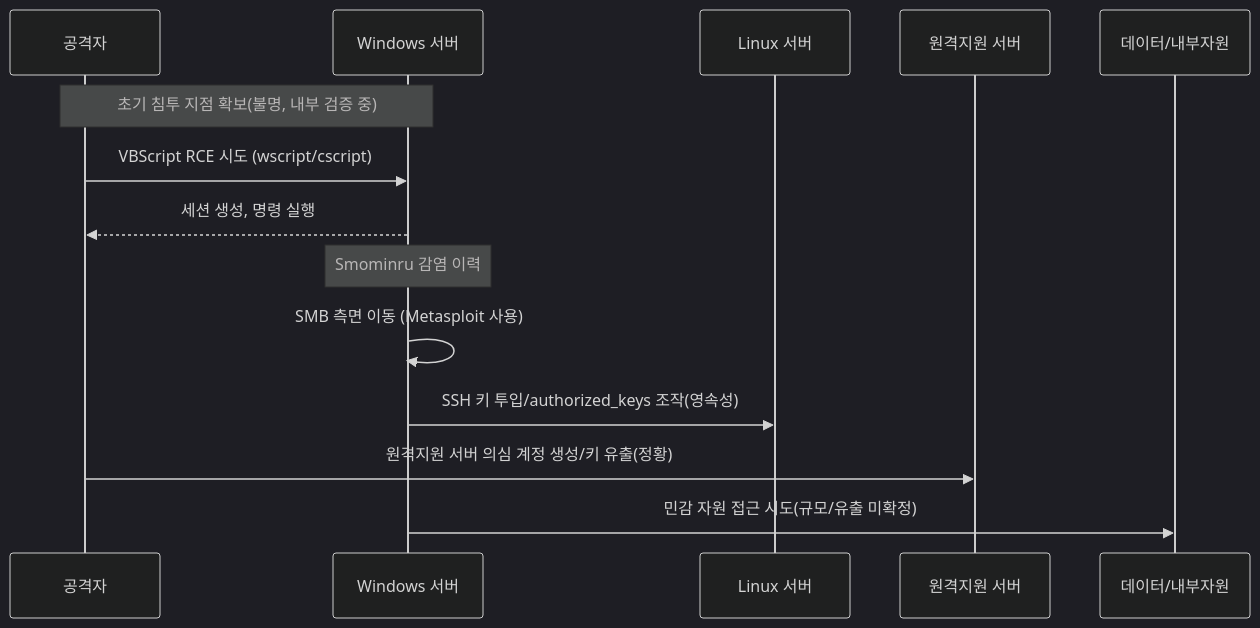
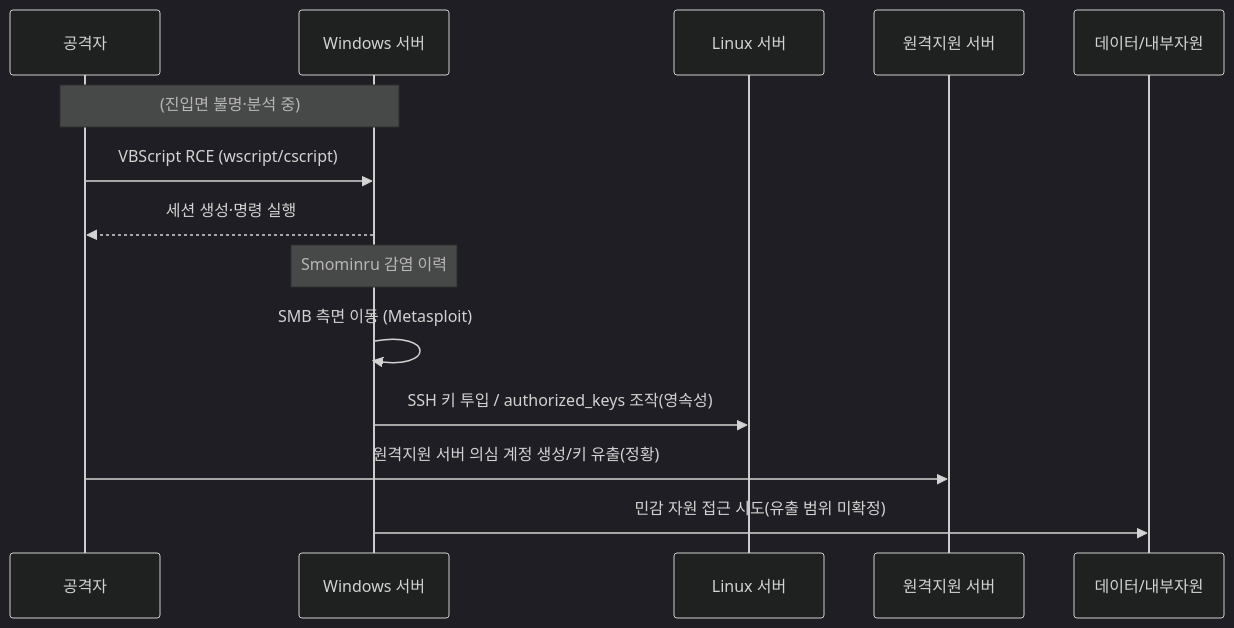
One commit to qubitsec/blog changed the diagram in content/ko/threats/case-kt_server.md. Above: the diagram before and after it, drawn with Mermaid (dark theme). The commit also changed other lines of this file, not shown here.

`````diff
--- a/content/ko/threats/case-kt_server.md
+++ b/content/ko/threats/case-kt_server.md
@@ -89,19 +88,19 @@
 ```mermaid
 sequenceDiagram
     participant A as 공격자
     participant W as Windows 서버
     participant L as Linux 서버
     participant R as 원격지원 서버
     participant D as 데이터/내부자원
 
-    Note over A,W: 초기 침투 지점 확보(불명, 내부 검증 중)
-    A->>W: VBScript RCE 시도 (wscript/cscript)
-    W-->>A: 세션 생성, 명령 실행
+    Note over A,W: (진입면 불명·분석 중)
+    A->>W: VBScript RCE (wscript/cscript)
+    W-->>A: 세션 생성·명령 실행
 
     Note over W: Smominru 감염 이력
-    W->>W: SMB 측면 이동 (Metasploit 사용)
-    W->>L: SSH 키 투입/authorized_keys 조작(영속성)
+    W->>W: SMB 측면 이동 (Metasploit)
+    W->>L: SSH 키 투입 / authorized_keys 조작(영속성)
 
     A->>R: 원격지원 서버 의심 계정 생성/키 유출(정황)
-    W->>D: 민감 자원 접근 시도(규모/유출 미확정)
-```
+    W->>D: 민감 자원 접근 시도(유출 범위 미확정)
+````
`````
